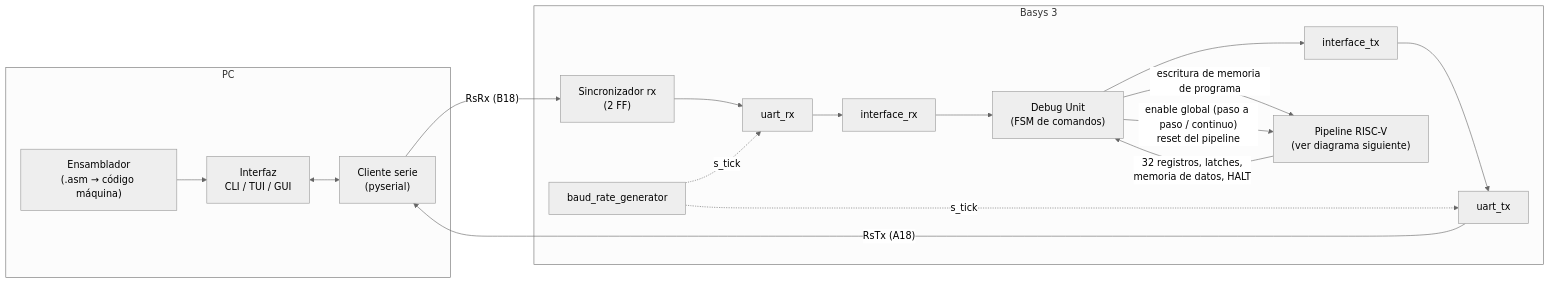
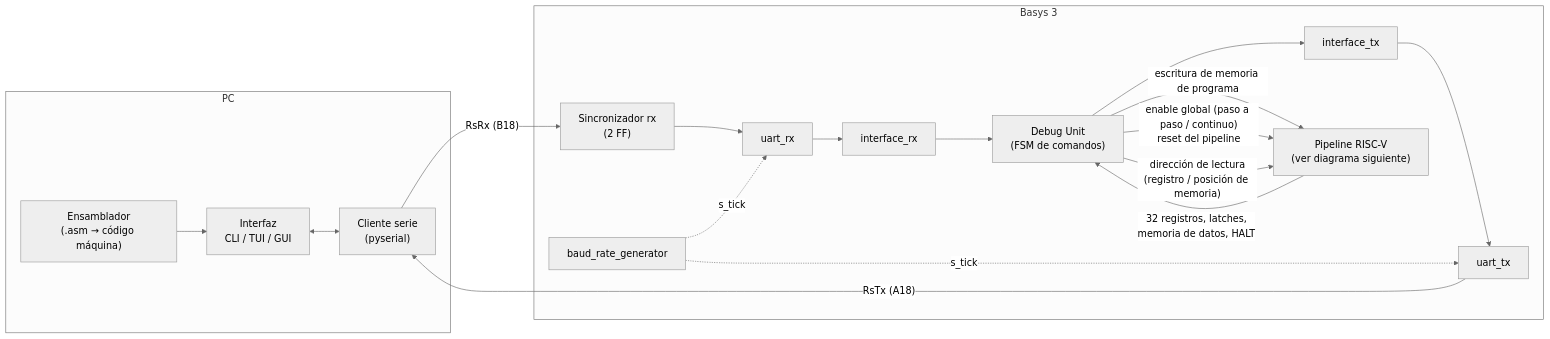
The first of 3 diagrams in TP-FINAL/PLAN.md (wandamol1405/AdC-Tps), drawn with Mermaid (neutral theme) before and after one commit. The commit also changed other lines of this file and 2 other files, not shown here.

````diff
--- a/TP-FINAL/PLAN.md
+++ b/TP-FINAL/PLAN.md
@@ -21,32 +27,33 @@
 ```mermaid
 flowchart LR
     subgraph PC["PC"]
         ASM["Ensamblador<br/>(.asm → código máquina)"]
         UI["Interfaz<br/>CLI / TUI / GUI"]
         SER["Cliente serie<br/>(pyserial)"]
         ASM --> UI
         UI <--> SER
     end
 
     subgraph FPGA["Basys 3"]
         SYNC["Sincronizador rx<br/>(2 FF)"]
         BRG["baud_rate_generator"]
         URX["uart_rx"]
         IRX["interface_rx"]
         DU["Debug Unit<br/>(FSM de comandos)"]
         ITX["interface_tx"]
         UTX["uart_tx"]
         CPU["Pipeline RISC-V<br/>(ver diagrama siguiente)"]
 
         SYNC --> URX --> IRX --> DU
         DU --> ITX --> UTX
         BRG -. s_tick .-> URX
         BRG -. s_tick .-> UTX
         DU -- "escritura de memoria de programa" --> CPU
         DU -- "enable global (paso a paso / continuo)<br/>reset del pipeline" --> CPU
+        DU -- "dirección de lectura<br/>(registro / posición de memoria)" --> CPU
         CPU -- "32 registros, latches,<br/>memoria de datos, HALT" --> DU
     end
 
     SER -- "RsRx (B18)" --> SYNC
     UTX -- "RsTx (A18)" --> SER
 ```
````
